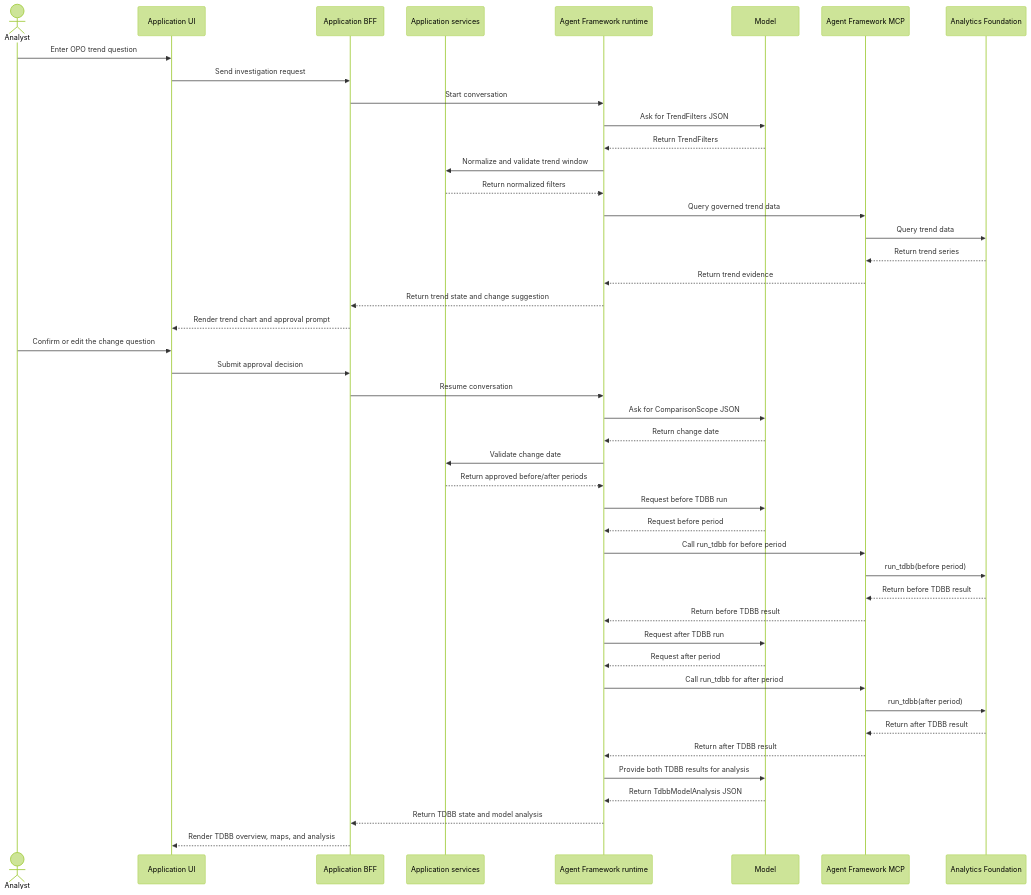
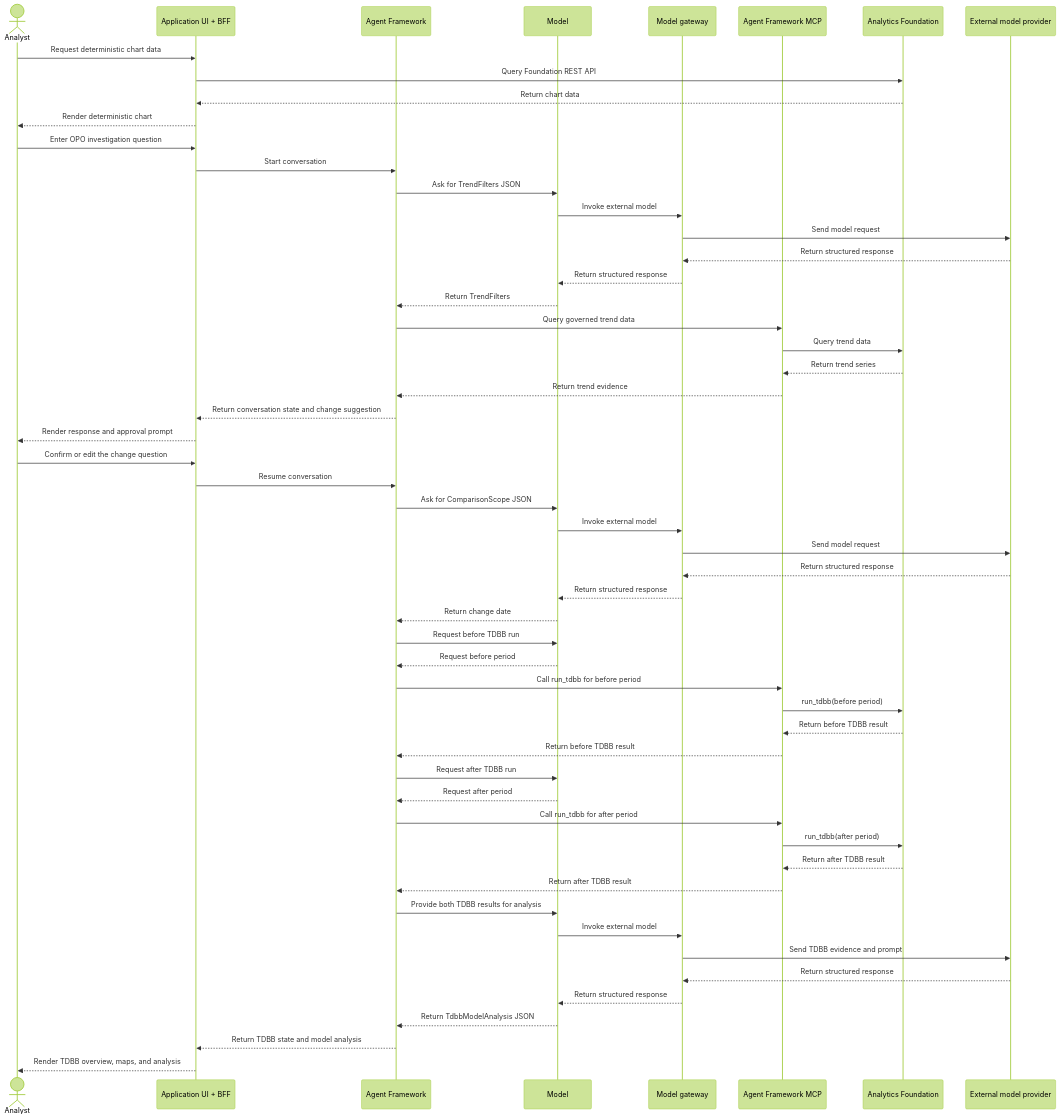
Before and after one commit to girishchanderkalia/analytics-agent-fwk: the diagram in agents/opo-monitoring-v4/workflow-overview.md, drawn with Mermaid (forest theme). The commit also changed other lines of this file, not shown here.

Commit message:
correction to the document

````diff
--- a/agents/opo-monitoring-v4/workflow-overview.md
+++ b/agents/opo-monitoring-v4/workflow-overview.md
@@ -22,49 +22,60 @@
 ```mermaid
 sequenceDiagram
   actor Analyst
-  participant UI as Application UI
-  participant BFF as Application BFF
-  participant SVC as Application services
-  participant Runtime as Agent Framework runtime
+  participant App as Application UI + BFF
+  participant Runtime as Agent Framework
   participant Model as Model
+  participant Gateway as Model gateway
   participant MCP as Agent Framework MCP
   participant Foundation as Analytics Foundation
+  participant External as External model provider
 
-  Analyst->>UI: Enter OPO trend question
-  UI->>BFF: Send investigation request
-  BFF->>Runtime: Start conversation
+  Analyst->>App: Request deterministic chart data
+  App->>Foundation: Query Foundation REST API
+  Foundation-->>App: Return chart data
+  App-->>Analyst: Render deterministic chart
+
+  Analyst->>App: Enter OPO investigation question
+  App->>Runtime: Start conversation
   Runtime->>Model: Ask for TrendFilters JSON
+  Model->>Gateway: Invoke external model
+  Gateway->>External: Send model request
+  External-->>Gateway: Return structured response
+  Gateway-->>Model: Return structured response
   Model-->>Runtime: Return TrendFilters
-  Runtime->>SVC: Normalize and validate trend window
-  SVC-->>Runtime: Return normalized filters
   Runtime->>MCP: Query governed trend data
   MCP->>Foundation: Query trend data
   Foundation-->>MCP: Return trend series
   MCP-->>Runtime: Return trend evidence
-  Runtime-->>BFF: Return trend state and change suggestion
-  BFF-->>UI: Render trend chart and approval prompt
+  Runtime-->>App: Return conversation state and change suggestion
+  App-->>Analyst: Render response and approval prompt
 
-  Analyst->>UI: Confirm or edit the change question
-  UI->>BFF: Submit approval decision
-  BFF->>Runtime: Resume conversation
+  Analyst->>App: Confirm or edit the change question
+  App->>Runtime: Resume conversation
   Runtime->>Model: Ask for ComparisonScope JSON
+  Model->>Gateway: Invoke external model
+  Gateway->>External: Send model request
+  External-->>Gateway: Return structured response
+  Gateway-->>Model: Return structured response
   Model-->>Runtime: Return change date
-  Runtime->>SVC: Validate change date
-  SVC-->>Runtime: Return approved before/after periods
   Runtime->>Model: Request before TDBB run
   Model-->>Runtime: Request before period
   Runtime->>MCP: Call run_tdbb for before period
   MCP->>Foundation: run_tdbb(before period)
   Foundation-->>MCP: Return before TDBB result
   MCP-->>Runtime: Return before TDBB result
   Runtime->>Model: Request after TDBB run
   Model-->>Runtime: Request after period
   Runtime->>MCP: Call run_tdbb for after period
   MCP->>Foundation: run_tdbb(after period)
   Foundation-->>MCP: Return after TDBB result
   MCP-->>Runtime: Return after TDBB result
   Runtime->>Model: Provide both TDBB results for analysis
+  Model->>Gateway: Invoke external model
+  Gateway->>External: Send TDBB evidence and prompt
+  External-->>Gateway: Return structured response
+  Gateway-->>Model: Return structured response
   Model-->>Runtime: Return TdbbModelAnalysis JSON
-  Runtime-->>BFF: Return TDBB state and model analysis
-  BFF-->>UI: Render TDBB overview, maps, and analysis
+  Runtime-->>App: Return TDBB state and model analysis
+  App-->>Analyst: Render TDBB overview, maps, and analysis
 ```
````
